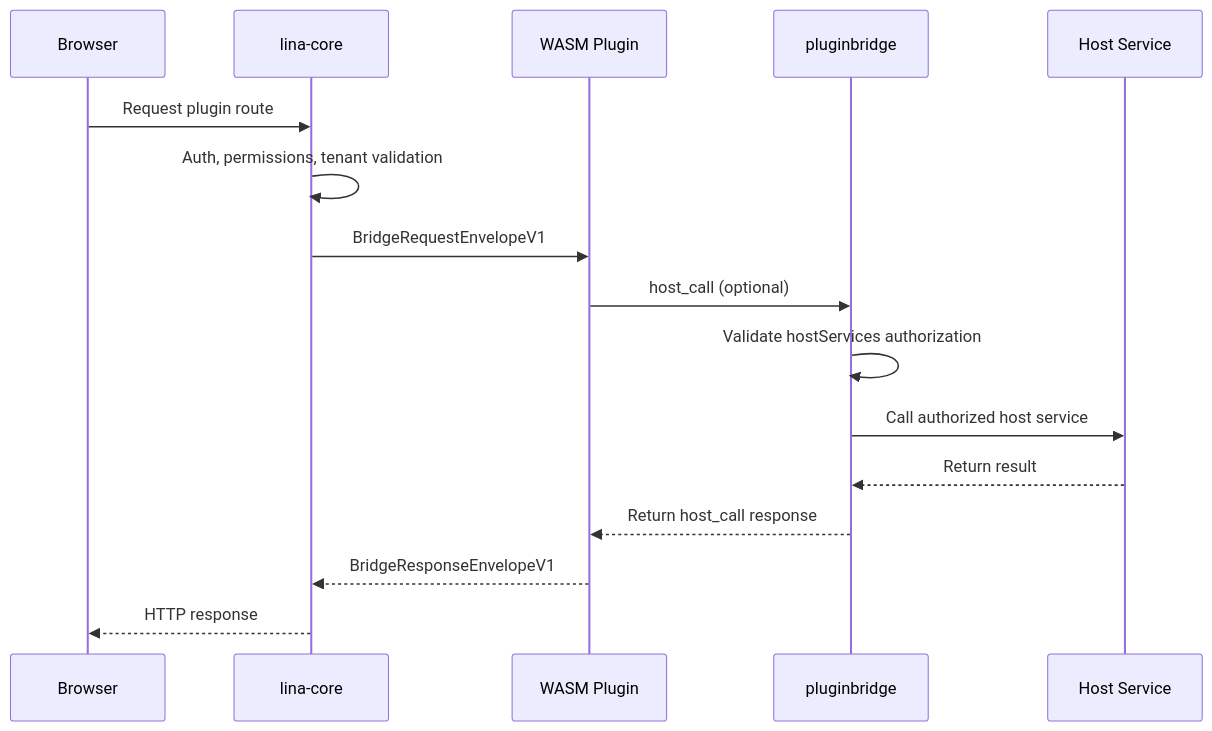
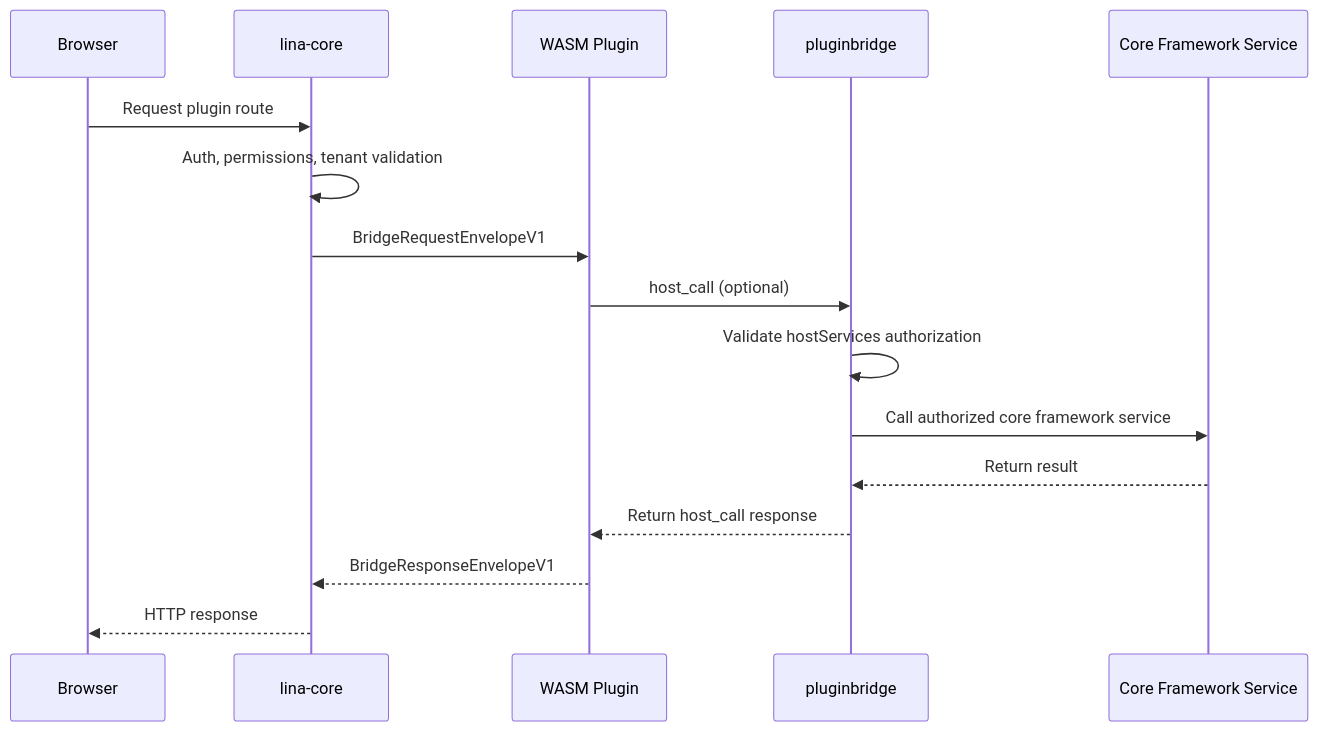
The diagram in apps/lina-site/i18n/en/docusaurus-plugin-content-docs/current/docs/2000-components/5000-plugin-system/7000-wasm-plugins.md (linaproai/linapro-site), drawn with Mermaid before and after one commit. The commit also changed other lines of this file and 93 other files, not shown here.

````diff
--- a/apps/lina-site/i18n/en/docusaurus-plugin-content-docs/current/docs/2000-components/5000-plugin-system/7000-wasm-plugins.md
+++ b/apps/lina-site/i18n/en/docusaurus-plugin-content-docs/current/docs/2000-components/5000-plugin-system/7000-wasm-plugins.md
@@ -65,19 +65,19 @@
 ```mermaid
 sequenceDiagram
     participant Browser as Browser
     participant Core as lina-core
     participant Wasm as WASM Plugin
     participant Bridge as pluginbridge
-    participant HostSvc as Host Service
+    participant HostSvc as Core Framework Service
 
     Browser->>Core: Request plugin route
     Core->>Core: Auth, permissions, tenant validation
     Core->>Wasm: BridgeRequestEnvelopeV1
     Wasm->>Bridge: host_call (optional)
     Bridge->>Bridge: Validate hostServices authorization
-    Bridge->>HostSvc: Call authorized host service
+    Bridge->>HostSvc: Call authorized core framework service
     HostSvc-->>Bridge: Return result
     Bridge-->>Wasm: Return host_call response
     Wasm-->>Core: BridgeResponseEnvelopeV1
     Core-->>Browser: HTTP response
 ```
````
